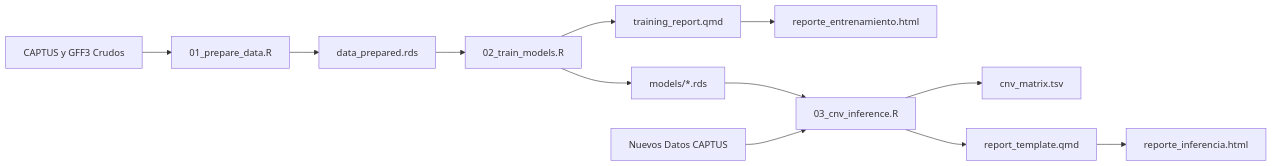
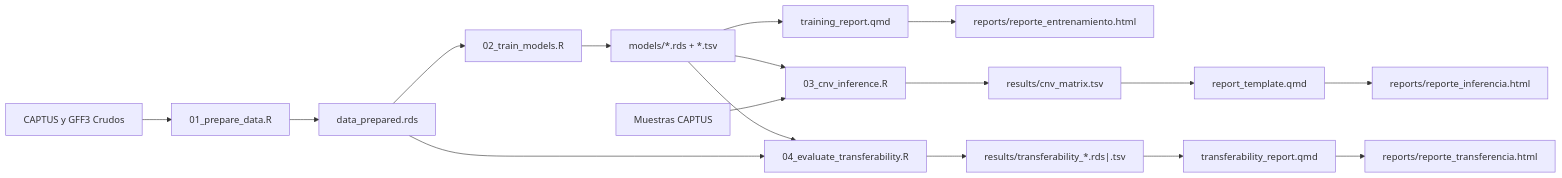
The diagram in GUIA_EJECUCION.md (xyzdiego/TargetCNV-ML), drawn with Mermaid before and after one commit. The commit also changed other lines of this file and 36 other files, not shown here.

````diff
--- a/GUIA_EJECUCION.md
+++ b/GUIA_EJECUCION.md
@@ -97,14 +128,19 @@
 ```mermaid
 flowchart LR
     A["CAPTUS y GFF3 Crudos"] --> B["01_prepare_data.R"]
     B --> C["data_prepared.rds"]
     C --> D["02_train_models.R"]
-    D --> E["models/*.rds"]
-    D --> I["training_report.qmd"]
-    I --> J["reporte_entrenamiento.html"]
+    D --> E["models/*.rds + *.tsv"]
+    E --> I["training_report.qmd"]
+    I --> J["reports/reporte_entrenamiento.html"]
     E --> F["03_cnv_inference.R"]
-    G["Nuevos Datos CAPTUS"] --> F
-    F --> H["cnv_matrix.tsv"]
-    F --> K["report_template.qmd"]
-    K --> L["reporte_inferencia.html"]
+    G["Muestras CAPTUS"] --> F
+    F --> H["results/cnv_matrix.tsv"]
+    H --> K["report_template.qmd"]
+    K --> L["reports/reporte_inferencia.html"]
+    E --> M["04_evaluate_transferability.R"]
+    C --> M
+    M --> N["results/transferability_*.rds|.tsv"]
+    N --> O["transferability_report.qmd"]
+    O --> P["reports/reporte_transferencia.html"]
 ```
````
